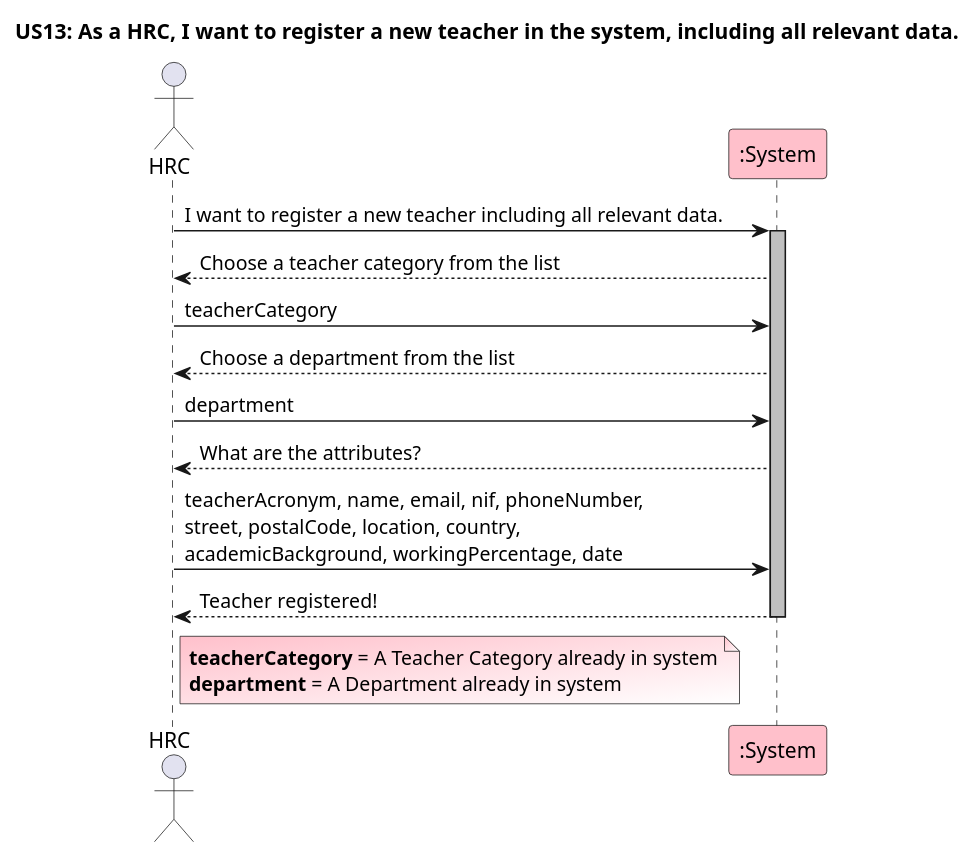
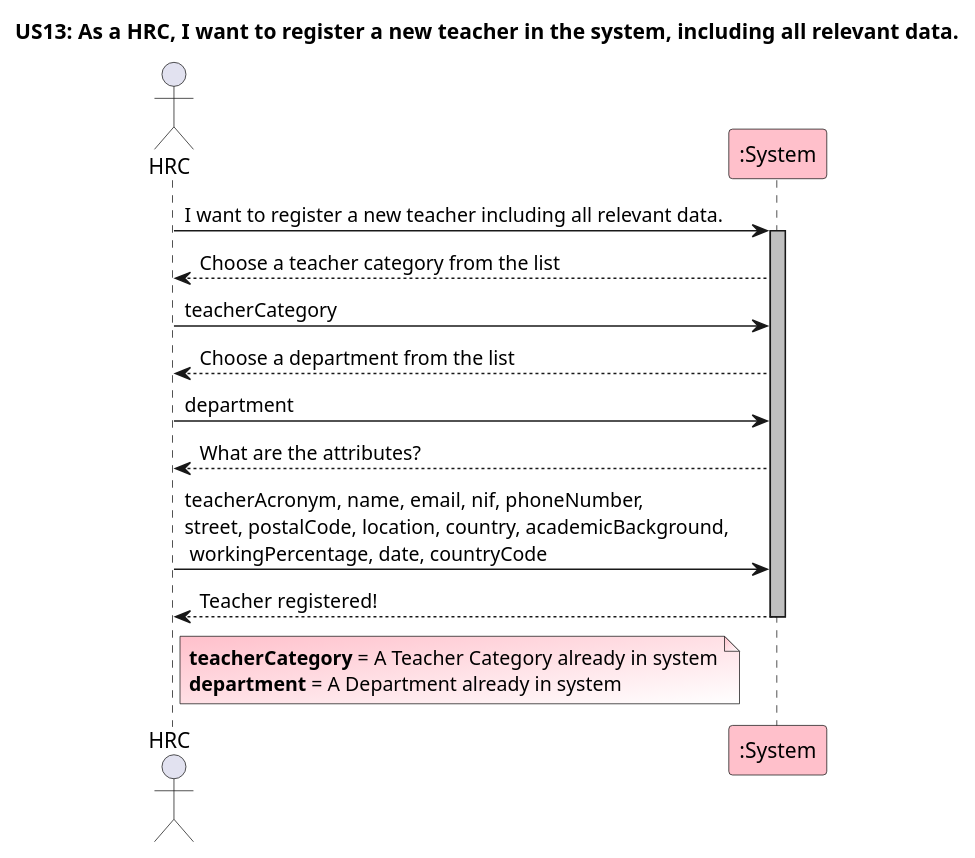
One commit to GasparISEP/DevOps-PAI changed the diagram in docs/US13/US13_RegisterNewTeacherIncludingAllRelevantData_SSD.puml. Above: the diagram before and after it, drawn with PlantUML. The commit also changed 2 other files, not shown here.

Commit message:
Updated US13 diagrams to add countryCode input necessary to build PhoneNumber. (Ref #213)

```diff
--- a/docs/US13/US13_RegisterNewTeacherIncludingAllRelevantData_SSD.puml
+++ b/docs/US13/US13_RegisterNewTeacherIncludingAllRelevantData_SSD.puml
@@ -1,24 +1,24 @@
 @startuml
 
 title US13: As a HRC, I want to register a new teacher in the system, including all relevant data.
 
 actor HRC
 participant ":System" as System #Pink
 
 HRC -> System: I want to register a new teacher including all relevant data.\t
 activate System #silver
 System --> HRC: Choose a teacher category from the list
 HRC -> System: teacherCategory
 System --> HRC: Choose a department from the list
 HRC -> System: department
 System --> HRC: What are the attributes?
-HRC -> System: teacherAcronym, name, email, nif, phoneNumber,\nstreet, postalCode, location, country,\nacademicBackground, workingPercentage, date
+HRC -> System: teacherAcronym, name, email, nif, phoneNumber,\nstreet, postalCode, location, country, academicBackground,\n workingPercentage, date, countryCode
 System --> HRC: Teacher registered!
 deactivate System
 
 
 Note Right HRC #Pink/White
     **teacherCategory** = A Teacher Category already in system
     **department** = A Department already in system
 End Note
 @enduml
```
